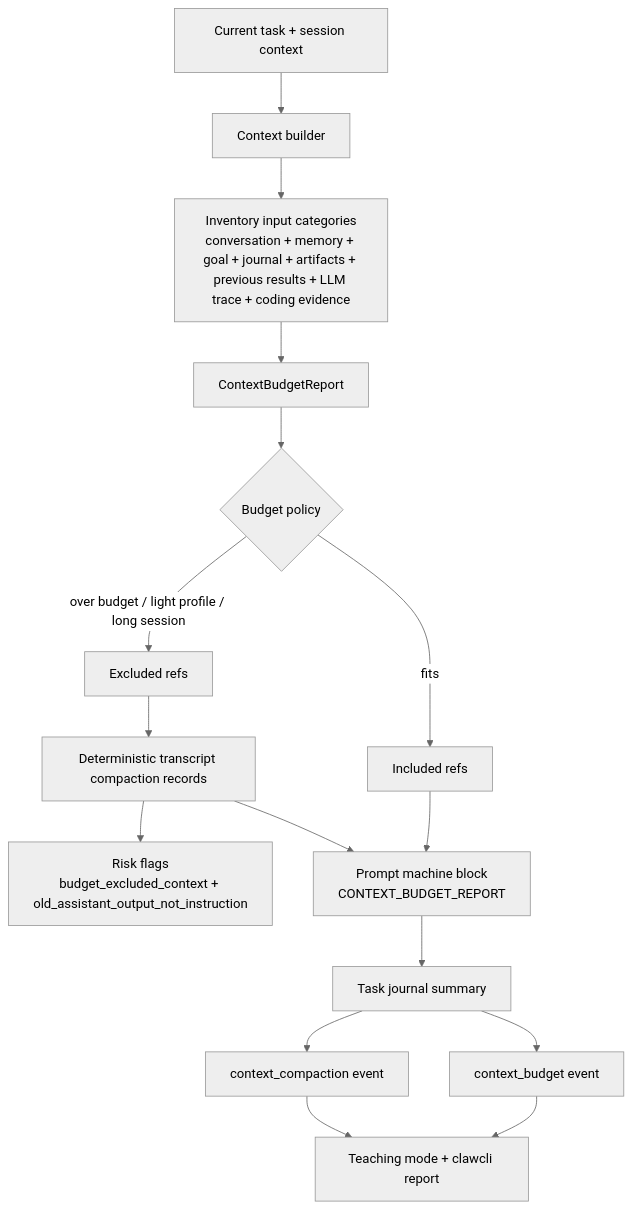
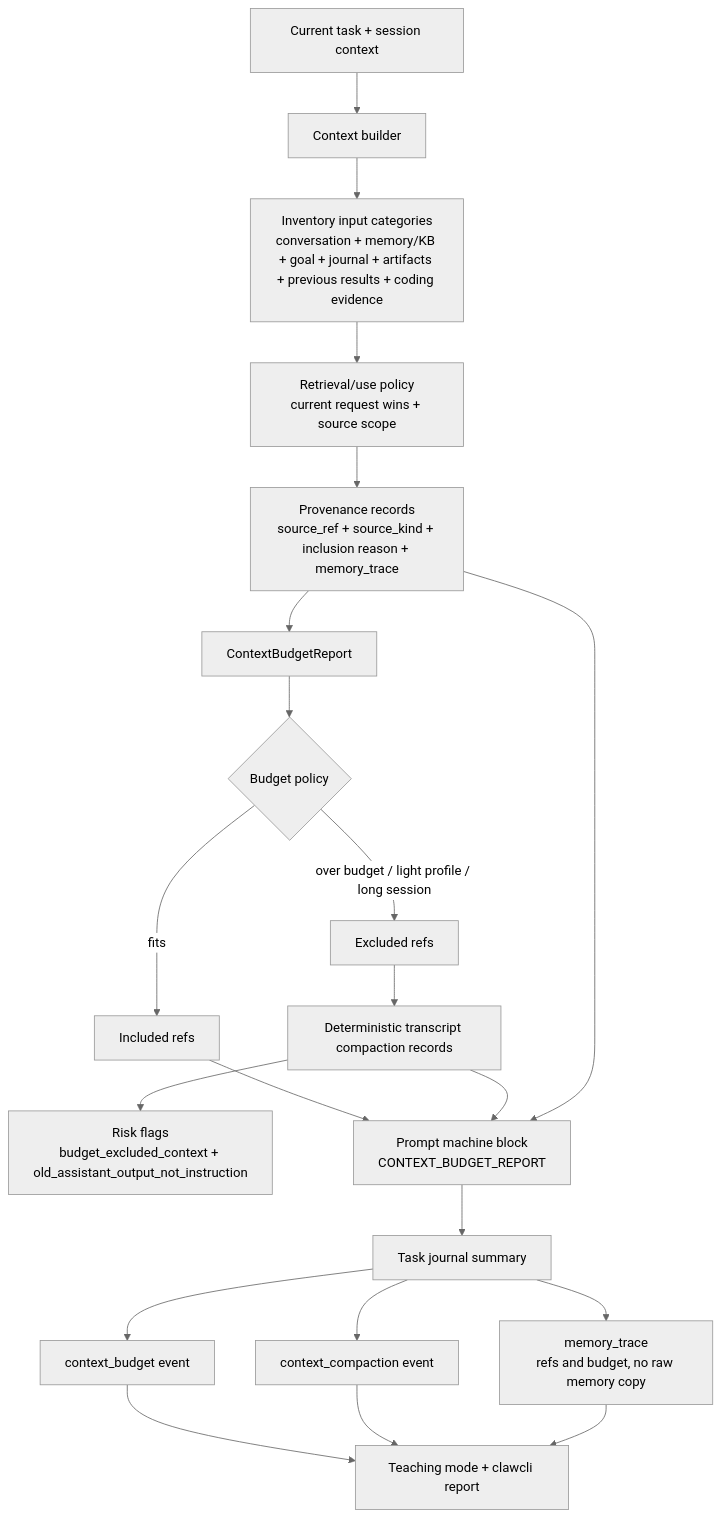
The eighth of 17 diagrams in README.md (MatrixCoreX/RustClaw), drawn with Mermaid (neutral theme) before and after one commit. The commit also changed other lines of this file and 1 other file, not shown here.

Commit message:
docs: align agent runtime flows

````diff
--- a/README.md
+++ b/README.md
@@ -581,18 +566,23 @@
 ```mermaid
 flowchart TD
     A[Current task + session context] --> B[Context builder]
-    B --> C[Inventory input categories<br/>conversation + memory + goal + journal + artifacts + previous results + LLM trace + coding evidence]
-    C --> D[ContextBudgetReport]
+    B --> C[Inventory input categories<br/>conversation + memory/KB + goal + journal + artifacts + previous results + coding evidence]
+    C --> CP[Retrieval/use policy<br/>current request wins + source scope]
+    CP --> CR[Provenance records<br/>source_ref + source_kind + inclusion reason + memory_trace]
+    CR --> D[ContextBudgetReport]
     D --> E{Budget policy}
     E -->|fits| F[Included refs]
     E -->|over budget / light profile / long session| G[Excluded refs]
     G --> H[Deterministic transcript compaction records]
     H --> I[Risk flags<br/>budget_excluded_context + old_assistant_output_not_instruction]
     F --> J[Prompt machine block<br/>CONTEXT_BUDGET_REPORT]
     H --> J
+    CR --> J
     J --> K[Task journal summary]
     K --> L[context_budget event]
     K --> M[context_compaction event]
+    K --> MP[memory_trace<br/>refs and budget, no raw memory copy]
     L --> N[Teaching mode + clawcli report]
     M --> N
+    MP --> N
 ```
````
